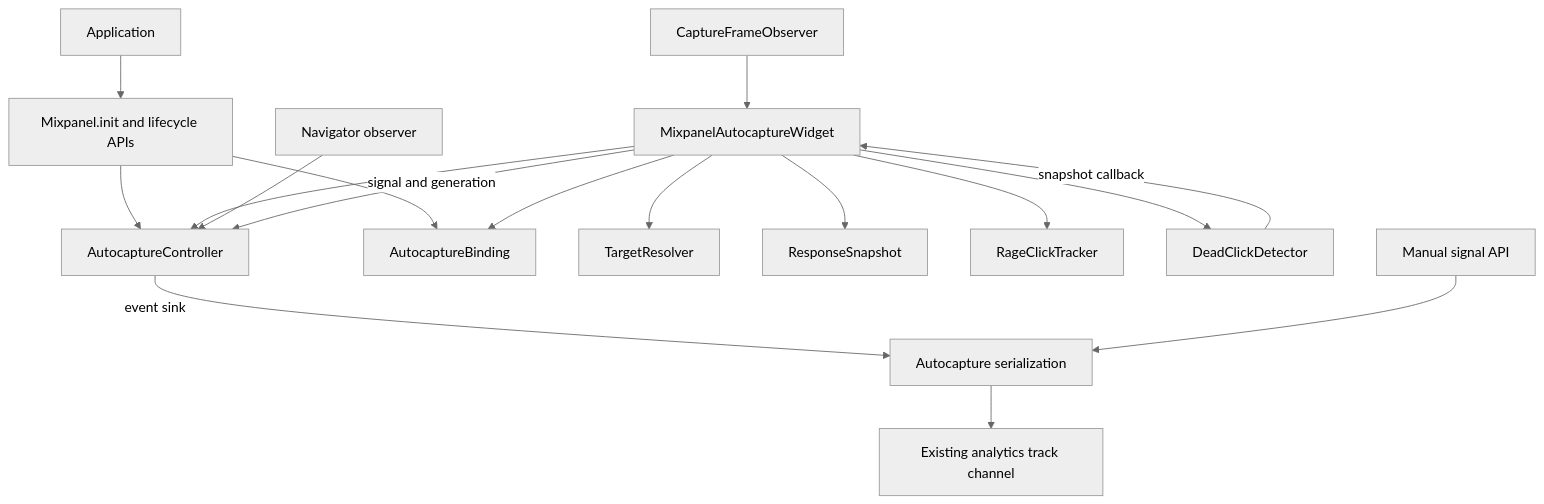
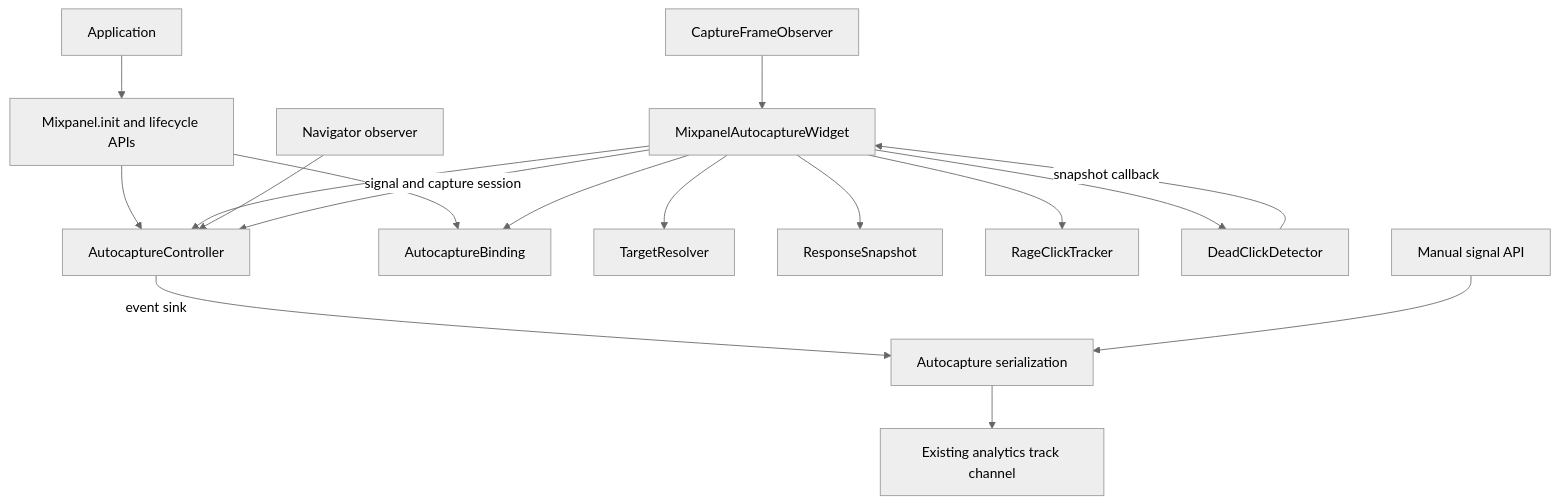
One commit to mixpanel/mixpanel-flutter changed the diagram in docs/SDK30_ARCHITECTURE.md. Above: the diagram before and after it, drawn with Mermaid (neutral theme). The commit also changed other lines of this file and 7 other files, not shown here.

````diff
--- a/docs/SDK30_ARCHITECTURE.md
+++ b/docs/SDK30_ARCHITECTURE.md
@@ -43,19 +43,19 @@
 ```mermaid
 flowchart TD
     App[Application] --> SDK[Mixpanel.init and lifecycle APIs]
     SDK --> Controller[AutocaptureController]
     SDK --> Binding[AutocaptureBinding]
     Wrapper[MixpanelAutocaptureWidget] --> Binding
     Wrapper --> Controller
     Nav[Navigator observer] --> Controller
     Wrapper --> Resolver[TargetResolver]
     Wrapper --> Snapshot[ResponseSnapshot]
     Wrapper --> Rage[RageClickTracker]
     Wrapper --> Dead[DeadClickDetector]
     Frames[CaptureFrameObserver] --> Wrapper
     Dead -->|snapshot callback| Wrapper
-    Wrapper -->|signal and generation| Controller
+    Wrapper -->|signal and capture session| Controller
     Controller -->|event sink| Facade[Autocapture serialization]
     Manual[Manual signal API] --> Facade
     Facade --> Channel[Existing analytics track channel]
 ```
````
